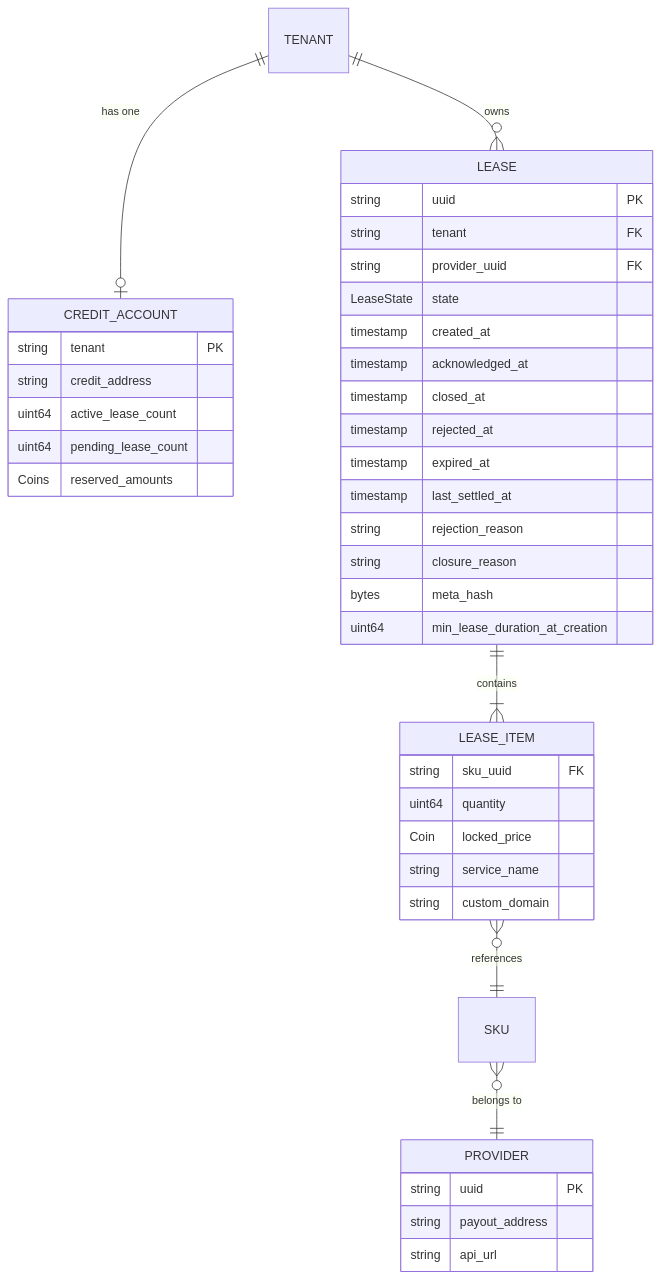
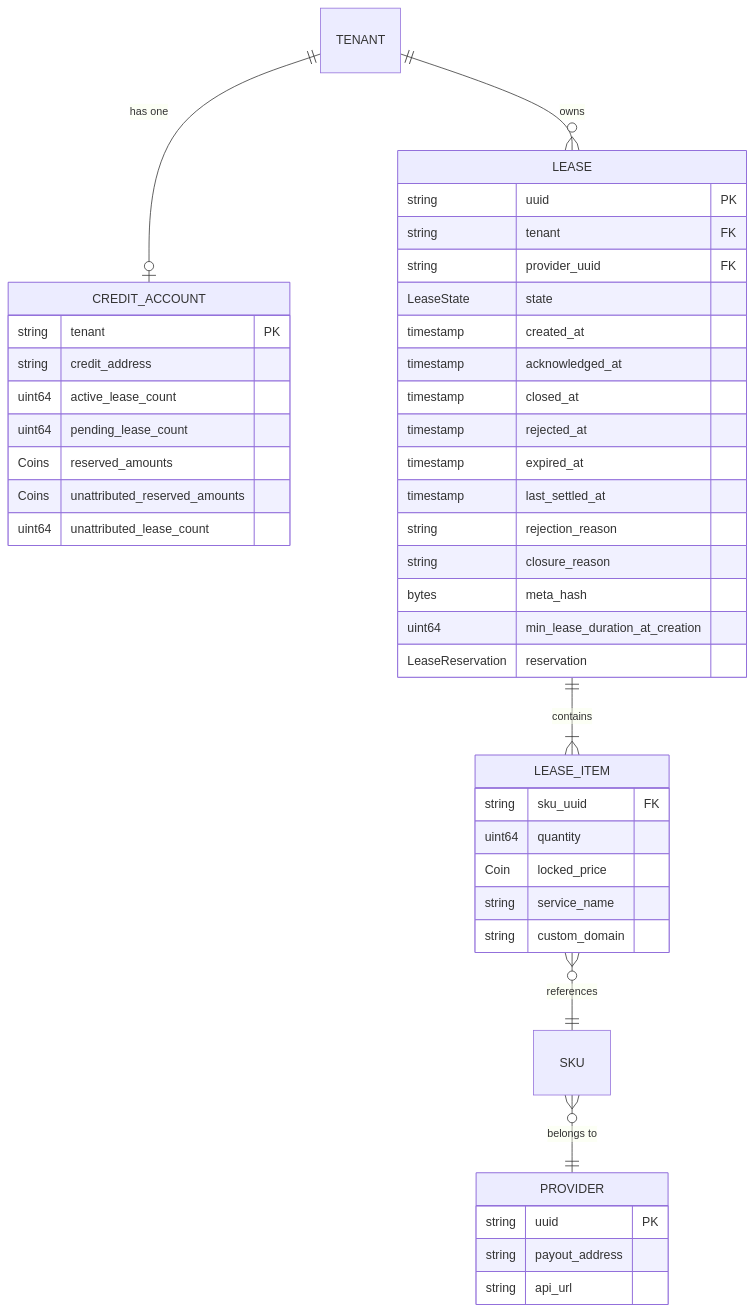
One commit to manifest-network/manifest-ledger changed the second of 13 diagrams in x/billing/docs/ARCHITECTURE.md. Above: the diagram before and after it, drawn with Mermaid. The commit also changed other lines of this file and 67 other files, not shown here.

````diff
--- a/x/billing/docs/ARCHITECTURE.md
+++ b/x/billing/docs/ARCHITECTURE.md
@@ -39,47 +39,50 @@
 ```mermaid
 erDiagram
     TENANT ||--o| CREDIT_ACCOUNT : "has one"
     TENANT ||--o{ LEASE : "owns"
     LEASE ||--|{ LEASE_ITEM : "contains"
     LEASE_ITEM }o--|| SKU : "references"
     SKU }o--|| PROVIDER : "belongs to"
     
     CREDIT_ACCOUNT {
         string tenant PK
         string credit_address
         uint64 active_lease_count
         uint64 pending_lease_count
         Coins reserved_amounts
+        Coins unattributed_reserved_amounts
+        uint64 unattributed_lease_count
     }
     
     LEASE {
         string uuid PK
         string tenant FK
         string provider_uuid FK
         LeaseState state
         timestamp created_at
         timestamp acknowledged_at
         timestamp closed_at
         timestamp rejected_at
         timestamp expired_at
         timestamp last_settled_at
         string rejection_reason
         string closure_reason
         bytes meta_hash
         uint64 min_lease_duration_at_creation
+        LeaseReservation reservation
     }
     
     LEASE_ITEM {
         string sku_uuid FK
         uint64 quantity
         Coin locked_price
         string service_name
         string custom_domain
     }
     
     PROVIDER {
         string uuid PK
         string payout_address
         string api_url
     }
 ```
````
